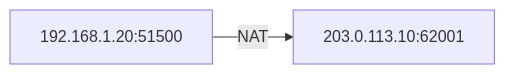
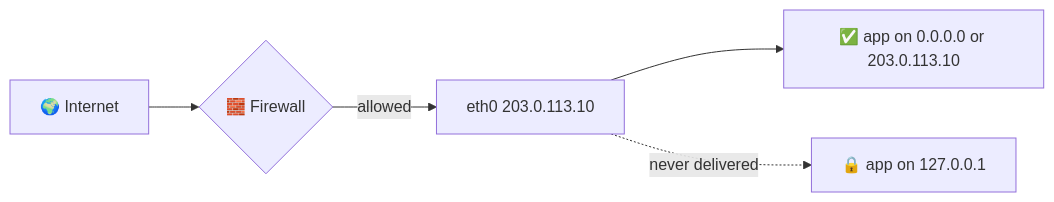
The sixth of 12 diagrams in DevOps/NaNa/Linux/6. Networking Fundamentals.md (RyanM-Dev/My-Summery), drawn with Mermaid before and after one commit. The commit also changed other lines of this file and 16 other files, not shown here.

````diff
--- a/DevOps/NaNa/Linux/6. Networking Fundamentals.md
+++ b/DevOps/NaNa/Linux/6. Networking Fundamentals.md
@@ -698,6 +329,7 @@
 ```mermaid
 flowchart LR
-    N0["192.168.1.20:51500"]
-    N1["203.0.113.10:62001"]
-    N0 -->|NAT| N1
+    I["🌍 Internet"] --> F{"🧱 Firewall"}
+    F -->|allowed| E["eth0 203.0.113.10"]
+    E --> A["✅ app on 0.0.0.0 or 203.0.113.10"]
+    E -.->|"never delivered"| B["🔒 app on 127.0.0.1"]
 ```
````
